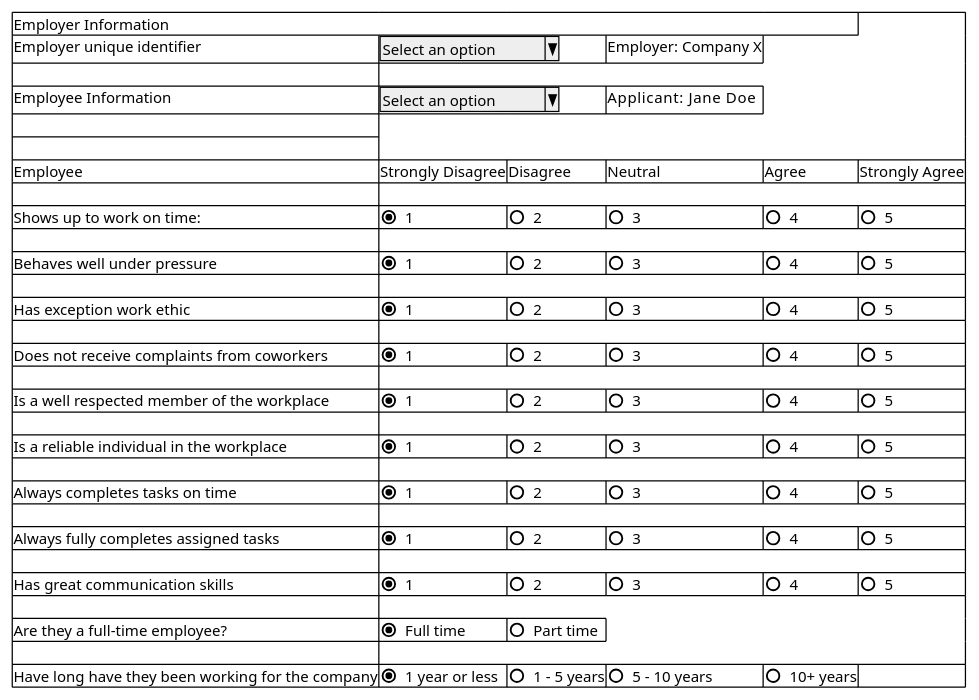
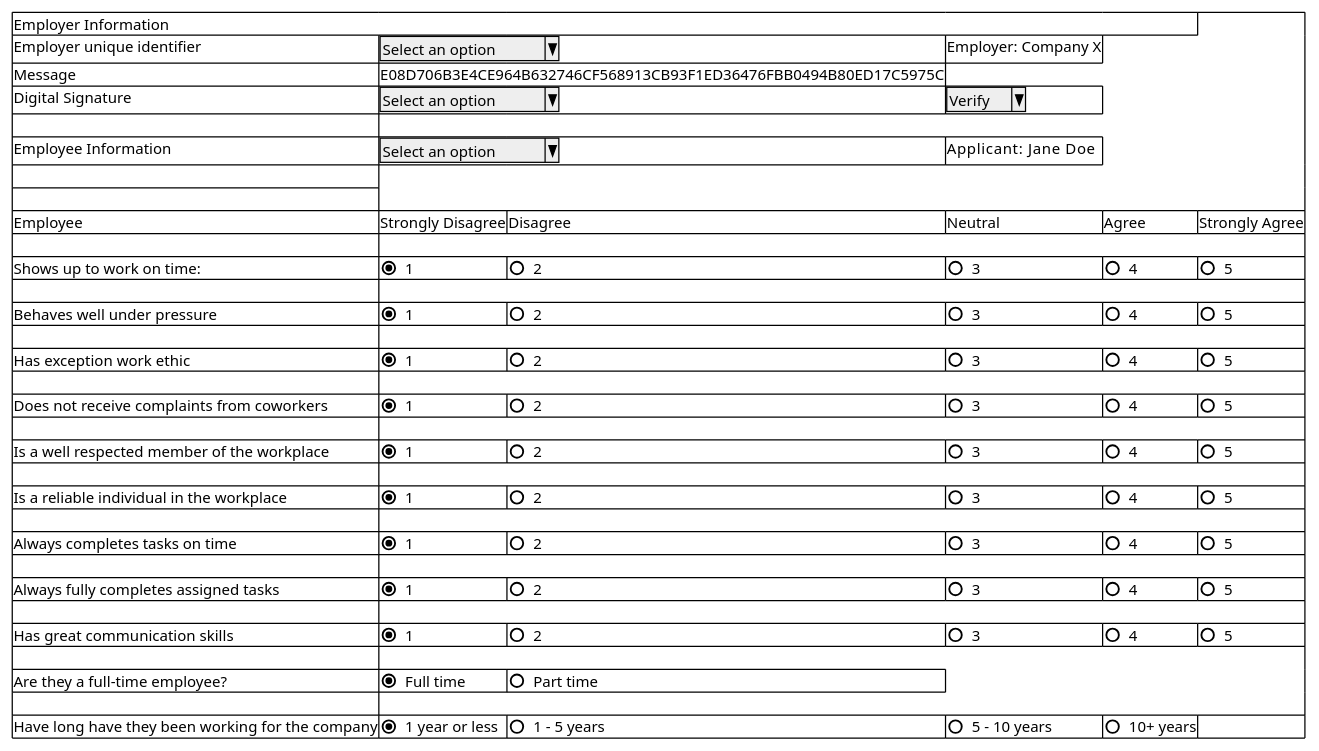
One commit to davidseddy1/ReputationIndex changed the diagram in docs/UI_mock_up.puml. Above: the diagram before and after it, drawn with PlantUML.

Commit message:
Updating so the signature aspect is included
Adding the ability to add message, digital signature.

```diff
--- a/docs/UI_mock_up.puml
+++ b/docs/UI_mock_up.puml
@@ -2,34 +2,36 @@
 @startsalt
 {#
     Employer Information | * | * | * | *
     Employer unique identifier | ^Select an option^ | * |Employer: Company X
+    Message | E08D706B3E4CE964B632746CF568913CB93F1ED36476FBB0494B80ED17C5975C |*
+    Digital Signature  |^Select an option^|*|^Verify^
     .
     Employee Information |^Select an option^ | * |Applicant:    Jane Doe 
     .
     .
     Employee | Strongly Disagree |Disagree|Neutral|Agree|Strongly Agree 
     .
     Shows up to work on time: | (X) 1 | () 2 | () 3 | () 4 | () 5
     .
     Behaves well under pressure | (X) 1 | () 2 | () 3 | () 4 | () 5
     .
     Has exception work ethic | (X) 1 | () 2 | () 3 | () 4 | () 5
     .
     Does not receive complaints from coworkers | (X) 1 | () 2 | () 3 | () 4 | () 5
     .
     Is a well respected member of the workplace | (X) 1 | () 2 | () 3 | () 4 | () 5
     .
     Is a reliable individual in the workplace | (X) 1 | () 2 | () 3 | () 4 | () 5
     .
     Always completes tasks on time | (X) 1 | () 2 | () 3 | () 4 | () 5
     .
     Always fully completes assigned tasks | (X) 1 | () 2 | () 3 | () 4 | () 5
     .
     Has great communication skills | (X) 1 | () 2 | () 3 | () 4 | () 5
     .
     Are they a full-time employee? | (X) Full time | () Part time
     .
     Have long have they been working for the company| (X) 1 year or less | () 1 - 5 years | () 5 - 10 years | () 10+ years | .
 
 }
 @endsalt
```
